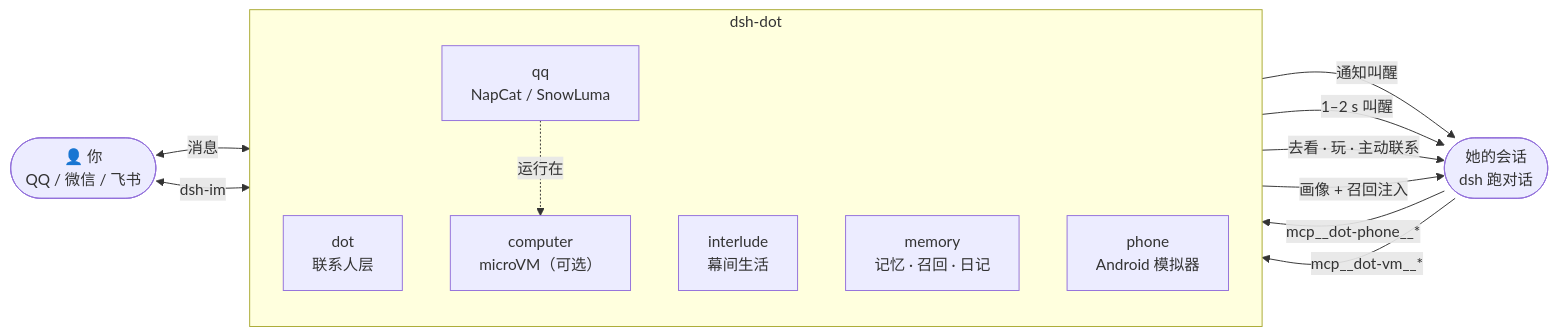
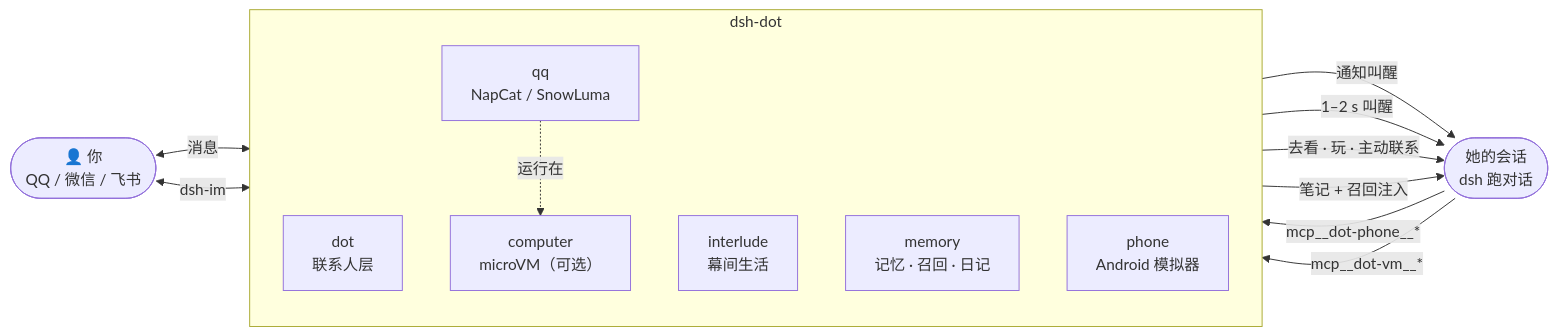
The diagram in README.md (Kevinwu901113/dsh-dot), drawn with Mermaid before and after one commit. The commit also changed other lines of this file and 30 other files, not shown here.

````diff
--- a/README.md
+++ b/README.md
@@ -149,24 +149,24 @@
 ```mermaid
 flowchart LR
     you(["👤 你<br/>QQ / 微信 / 飞书"])
     subgraph dot["dsh-dot"]
         direction TB
         contact["dot<br/>联系人层"]
         interlude["interlude<br/>幕间生活"]
         memory["memory<br/>记忆 · 召回 · 日记"]
         phone["phone<br/>Android 模拟器"]
         qq["qq<br/>NapCat / SnowLuma"]
         computer["computer<br/>microVM（可选）"]
     end
     session(["她的会话<br/>dsh 跑对话"])
 
     you <-->|消息| qq
     you <-->|dsh-im| contact
     phone -->|通知叫醒| session
     qq -->|1–2 s 叫醒| session
     interlude -->|去看 · 玩 · 主动联系| session
-    memory -->|画像 + 召回注入| session
+    memory -->|笔记 + 召回注入| session
     session -->|mcp__dot-phone__*| phone
     session -->|mcp__dot-vm__*| computer
     qq -.运行在.-> computer
 ```
````
